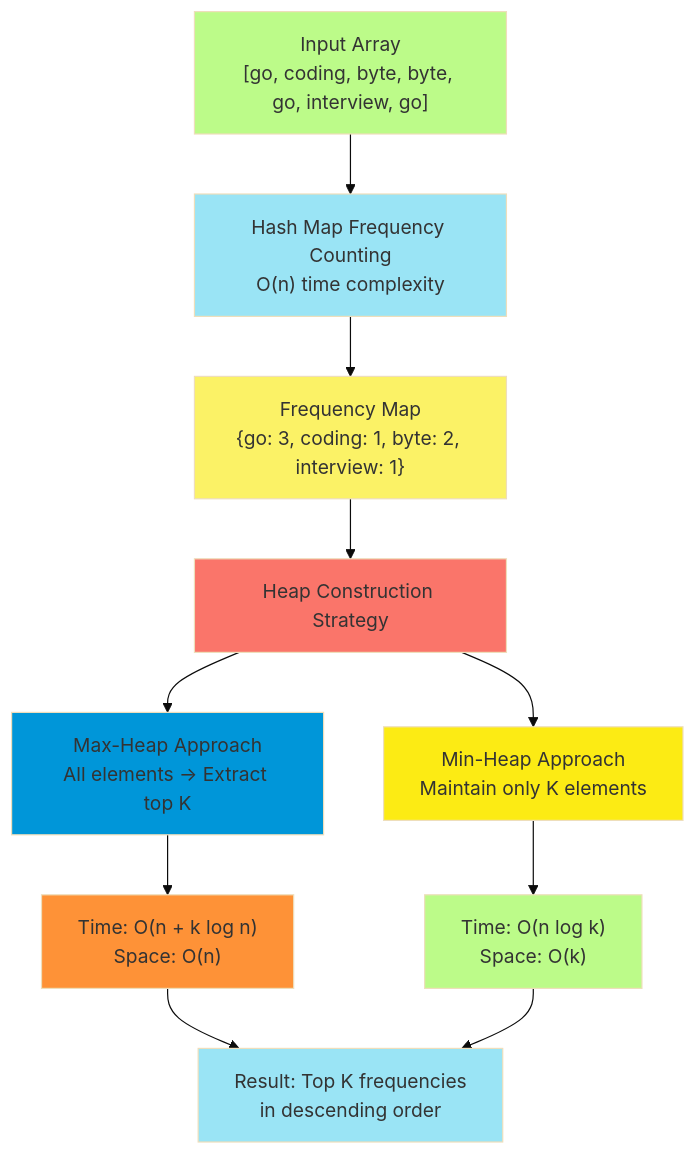
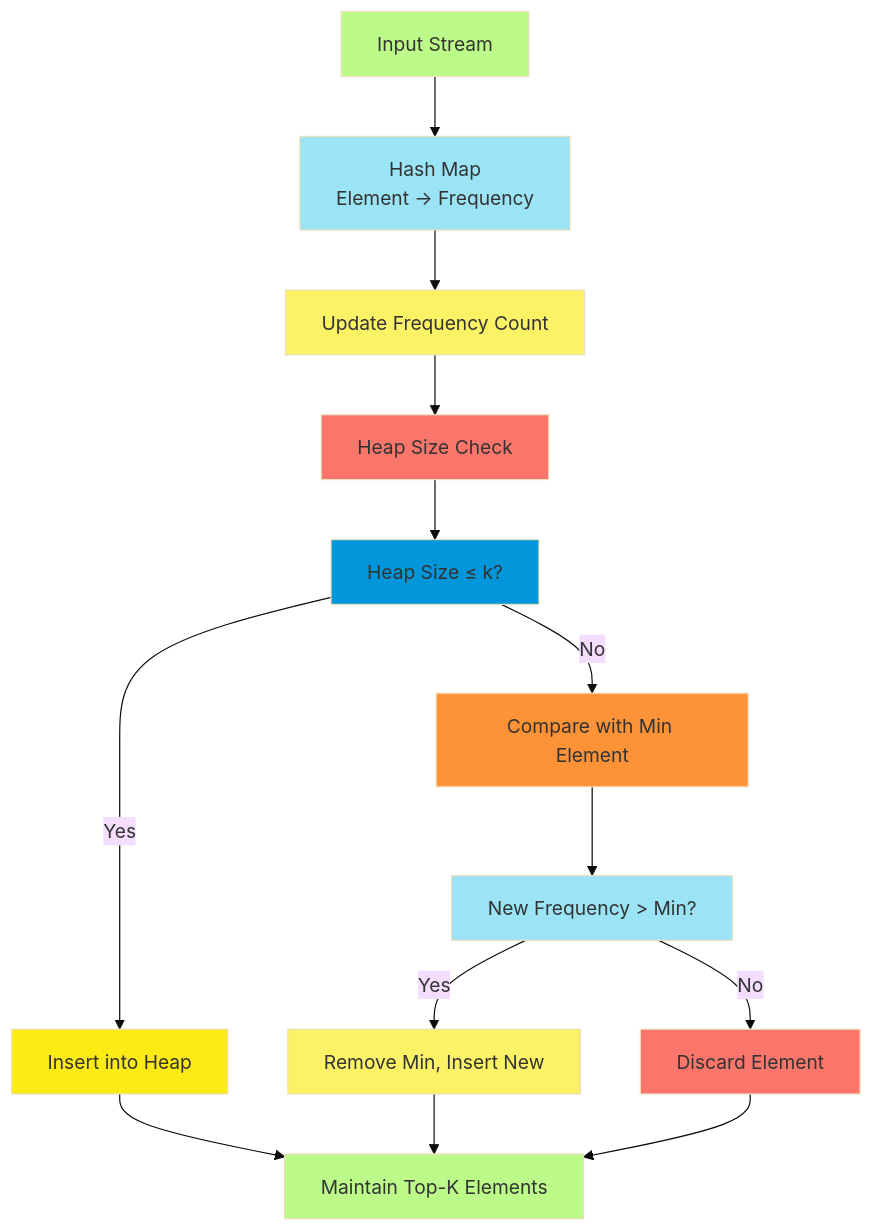
One commit to Chaklader/Coding-Interview changed the second of 6 diagrams in C_8.md. Above: the diagram before and after it, drawn with Mermaid (base theme). The commit also changed other lines of this file, not shown here.

````diff
--- a/C_8.md
+++ b/C_8.md
@@ -1672,22 +390,27 @@
 ```mermaid
 flowchart TD
-    A["Input Array<br>[go, coding, byte, byte, go, interview, go]"] --> B["Hash Map Frequency Counting<br>O(n) time complexity"]
-    B --> C["Frequency Map<br>{go: 3, coding: 1, byte: 2, interview: 1}"]
-    C --> D["Heap Construction Strategy"]
-    D --> E["Max-Heap Approach<br>All elements → Extract top K"]
-    D --> F["Min-Heap Approach<br>Maintain only K elements"]
-    E --> G["Time: O(n + k log n)<br>Space: O(n)"]
-    F --> H["Time: O(n log k)<br>Space: O(k)"]
-    G --> I["Result: Top K frequencies<br>in descending order"]
-    H --> I
+    A["Input Stream"] --> B["Hash Map<br>Element → Frequency"]
+    B --> C["Update Frequency Count"]
+    C --> D["Heap Size Check"]
+    D --> E["Heap Size ≤ k?"]
+    E -->|Yes| F["Insert into Heap"]
+    E -->|No| G["Compare with Min Element"]
+    G --> H["New Frequency > Min?"]
+    H -->|Yes| I["Remove Min, Insert New"]
+    H -->|No| J["Discard Element"]
+    F --> K["Maintain Top-K Elements"]
+    I --> K
+    J --> K
 
     style A fill:#BCFB89
     style B fill:#9AE4F5
     style C fill:#FBF266
     style D fill:#FA756A
     style E fill:#0096D9
     style F fill:#FCEB14
     style G fill:#FE9237
-    style H fill:#BCFB89
-    style I fill:#9AE4F5
+    style H fill:#9AE4F5
+    style I fill:#FBF266
+    style J fill:#FA756A
+    style K fill:#BCFB89
 ```
````
